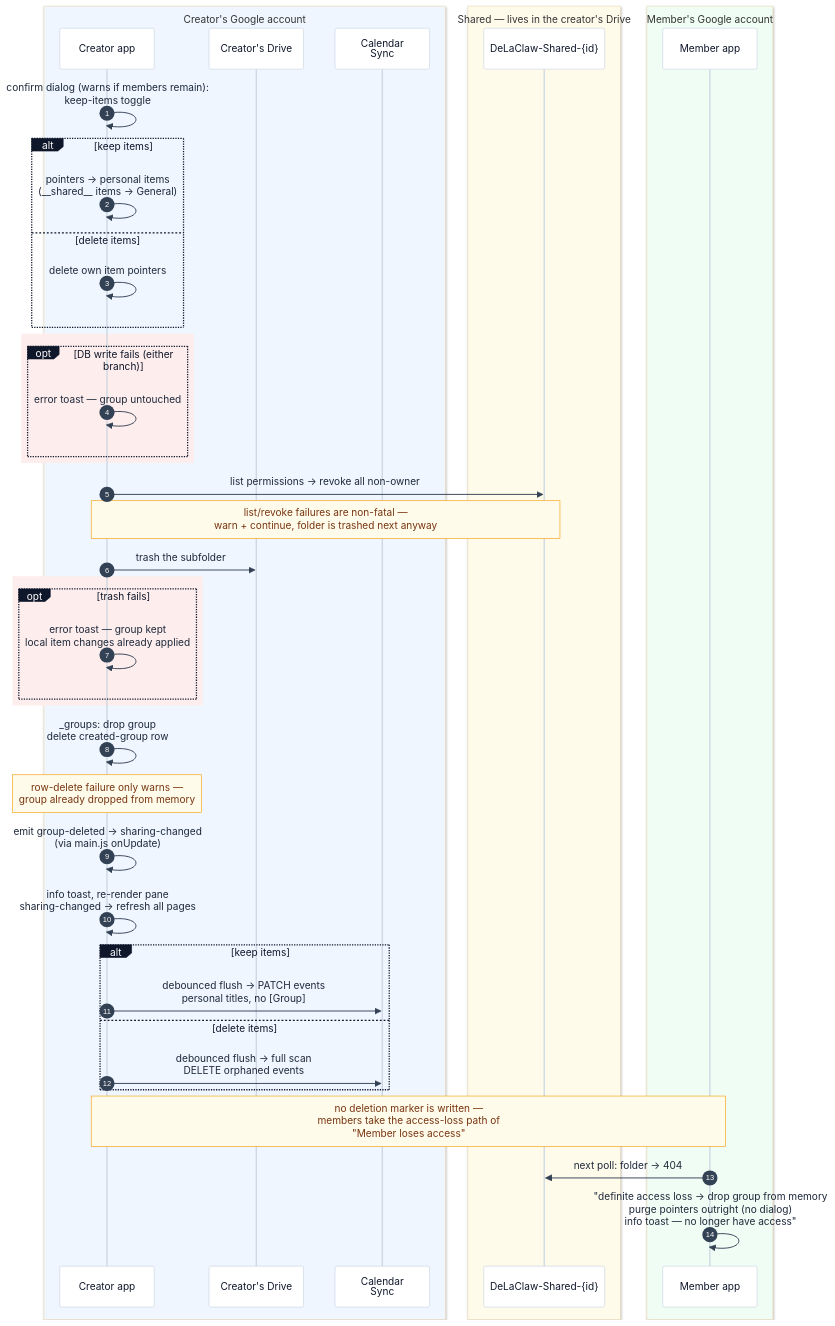
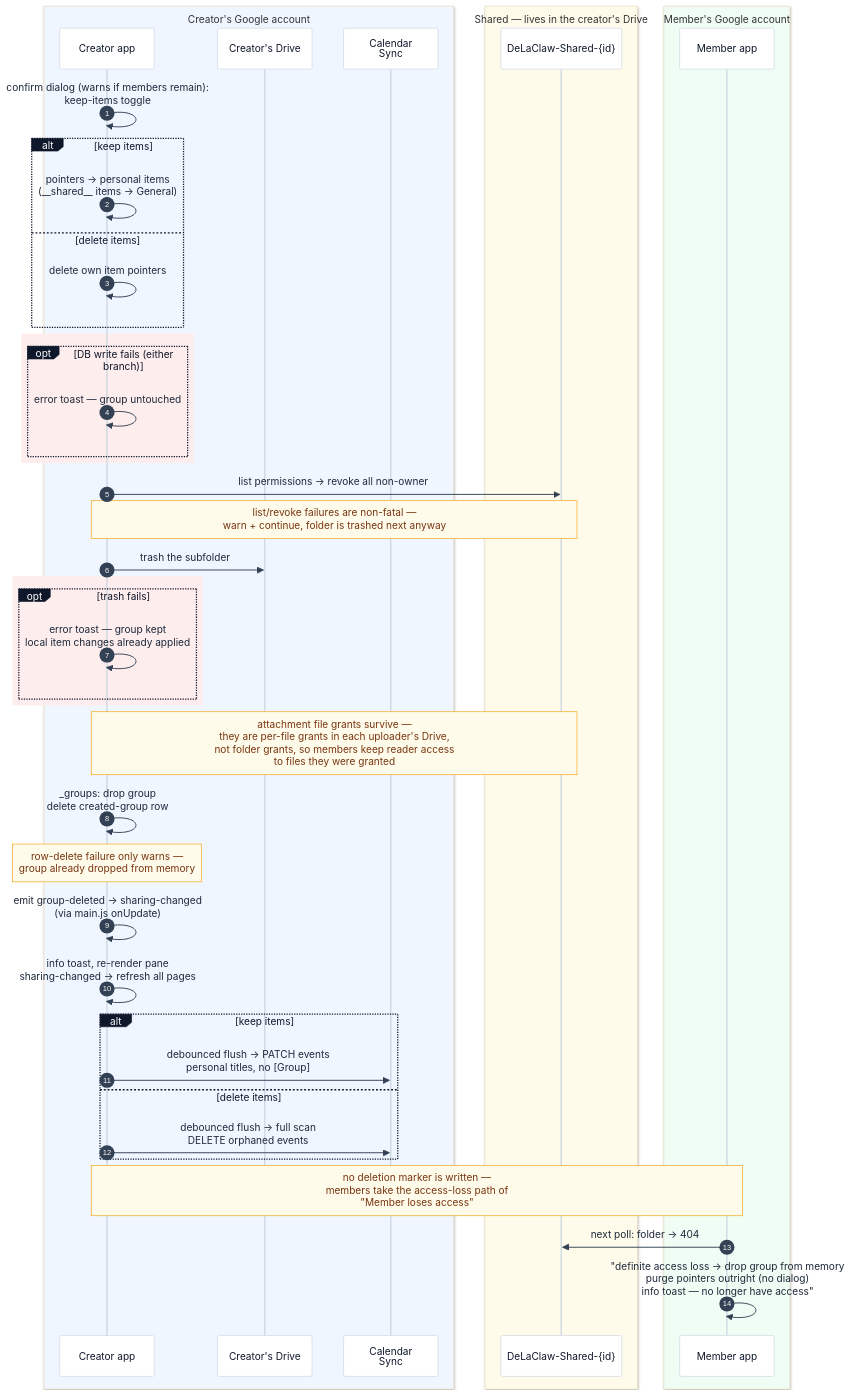
One commit to AntGro/DeLaClaw changed diagram 12 of 14 in docs-site/sharing.md. Above: the diagram before and after it, drawn with Mermaid. The commit also changed other lines of this file and 96 other files, not shown here.

````diff
--- a/docs-site/sharing.md
+++ b/docs-site/sharing.md
@@ -568,48 +599,49 @@
 ```mermaid
 %%{init: {'theme': 'base', 'themeVariables': {'background': '#fbfaf8', 'actorBkg': '#ffffff', 'actorBorder': '#cbd5e1', 'actorTextColor': '#0f172a', 'actorLineColor': '#cbd5e1', 'signalColor': '#334155', 'signalTextColor': '#1e293b', 'noteBkgColor': '#fffbeb', 'noteBorderColor': '#f59e0b', 'noteTextColor': '#78350f', 'labelBoxBkgColor': '#0f172a', 'labelBoxBorderColor': '#0f172a', 'labelTextColor': '#ffffff'}}}%%
 sequenceDiagram
     autonumber
     box rgb(239,246,255) Creator's Google account
     participant CA as Creator app
     participant CD as Creator's Drive
     participant CAL as Calendar<br/>Sync
     end
     box rgb(255,251,235) Shared — lives in the creator's Drive
     participant SF as DeLaClaw-Shared-{id}
     end
     box rgb(240,253,244) Member's Google account
     participant MA as Member app
     end
 
     CA->>CA: confirm dialog (warns if members remain):<br/>keep-items toggle
     alt keep items
     CA->>CA: pointers → personal items<br/>(__shared__ items → General)
     else delete items
     CA->>CA: delete own item pointers
     end
     rect rgb(253, 237, 236)
     opt DB write fails (either branch)
         CA->>CA: error toast — group untouched
     end
     end
     CA->>SF: list permissions → revoke all non-owner
     Note over CA,SF: list/revoke failures are non-fatal —<br/>warn + continue, folder is trashed next anyway
     CA->>CD: trash the subfolder
     rect rgb(253, 237, 236)
     opt trash fails
         CA->>CA: error toast — group kept<br/>local item changes already applied
     end
     end
+    Note over CA,SF: attachment file grants survive —<br/>they are per-file grants in each uploader's Drive,<br/>not folder grants, so members keep reader access<br/>to files they were granted
     CA->>CA: _groups: drop group<br/>delete created-group row
     Note over CA: row-delete failure only warns —<br/>group already dropped from memory
     CA->>CA: emit group-deleted → sharing-changed<br/>(via main.js onUpdate)
     CA->>CA: info toast, re-render pane<br/>sharing-changed → refresh all pages
     alt keep items
     CA->>CAL: debounced flush → PATCH events<br/>personal titles, no [Group]
     else delete items
     CA->>CAL: debounced flush → full scan<br/>DELETE orphaned events
     end
     Note over CA,MA: no deletion marker is written —<br/>members take the access-loss path of<br/>"Member loses access"
     MA->>SF: next poll: folder → 404
     MA->>MA: "definite access loss → drop group from memory<br/>purge pointers outright (no dialog)<br/>info toast — no longer have access"
 ```
````
